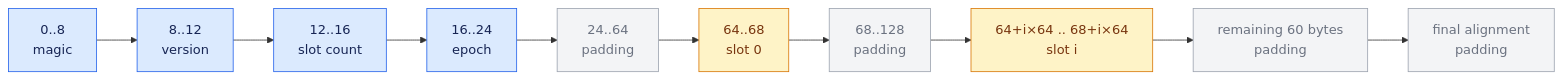
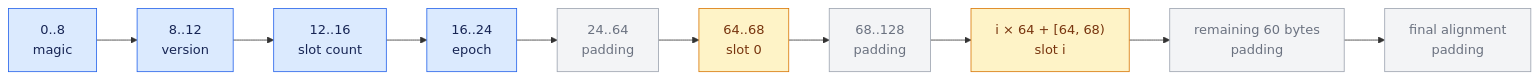
Before and after one commit to apache/bifromq-tenon: the fifth of 5 diagrams in sdk/ipc-contract.md, drawn with Mermaid. The commit also changed other lines of this file and 3 other files, not shown here.

````diff
--- a/sdk/ipc-contract.md
+++ b/sdk/ipc-contract.md
@@ -276,14 +298,14 @@
 ```mermaid
 flowchart LR
     M["0..8<br/>magic"] --> V["8..12<br/>version"]
     V --> C["12..16<br/>slot count"] --> E["16..24<br/>epoch"]
     E --> HP["24..64<br/>padding"] --> S0["64..68<br/>slot 0"]
-    S0 --> P0["68..128<br/>padding"] --> SN["64+i×64 .. 68+i×64<br/>slot i"]
+    S0 --> P0["68..128<br/>padding"] --> SN["i × 64 + [64, 68)<br/>slot i"]
     SN --> PN["remaining 60 bytes<br/>padding"] --> A["final alignment<br/>padding"]
     classDef fixed fill:#dbeafe,stroke:#2563eb,color:#172554;
     classDef slot fill:#fef3c7,stroke:#d97706,color:#78350f;
     classDef padding fill:#f3f4f6,stroke:#9ca3af,color:#6b7280;
     class M,V,C,E fixed;
     class S0,SN slot;
     class HP,P0,PN,A padding;
 ```
````
